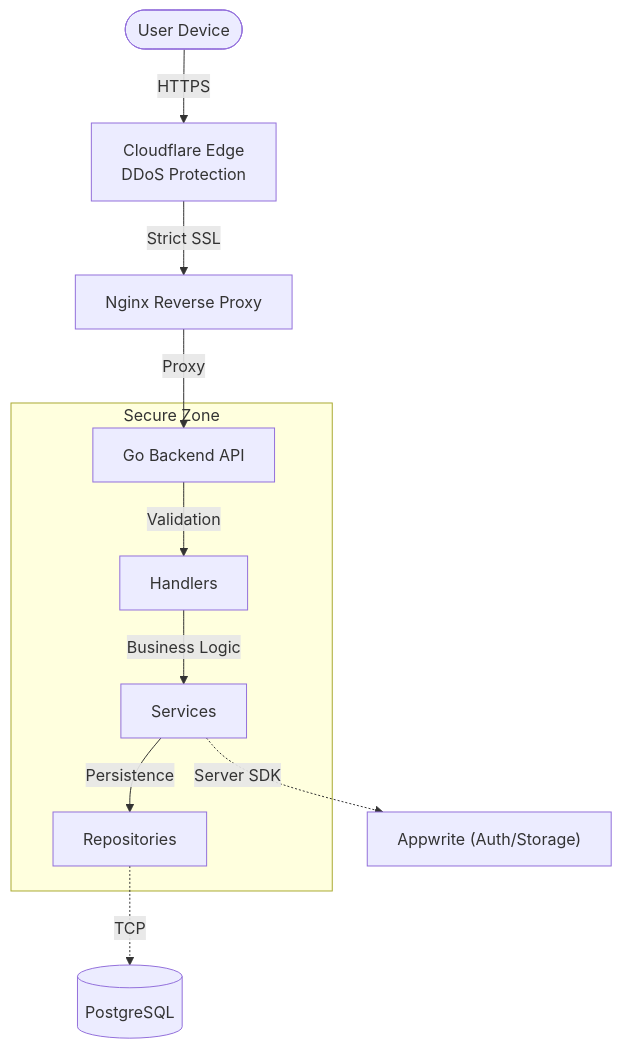
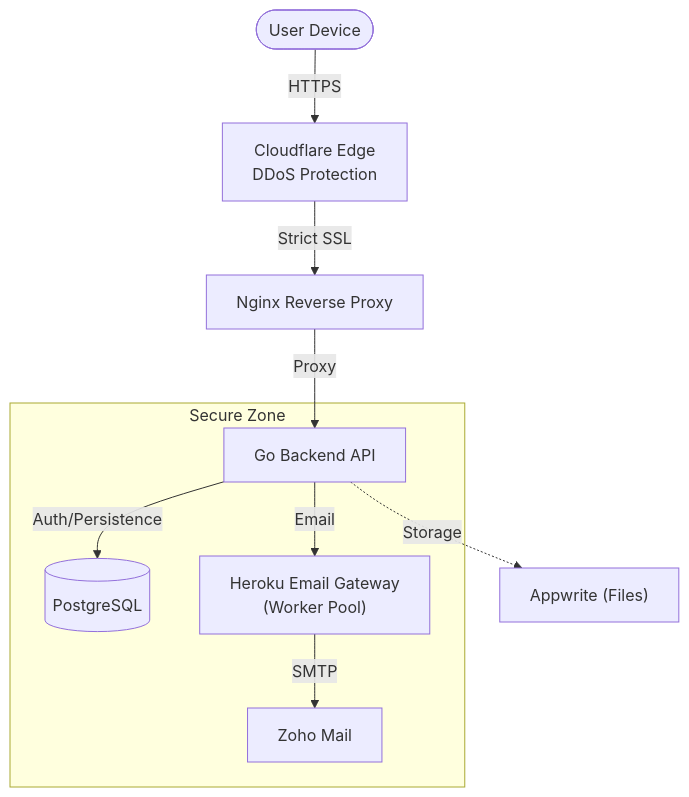
One commit to wpbasket/chatbasket_backend changed the diagram in README.md. Above: the diagram before and after it, drawn with Mermaid. The commit also changed other lines of this file, not shown here.

````diff
--- a/README.md
+++ b/README.md
@@ -28,15 +28,14 @@
 ```mermaid
 graph TD
     User(["User Device"]) -->|HTTPS| CF["Cloudflare Edge<br>DDoS Protection"]
     CF -->|Strict SSL| Nginx["Nginx Reverse Proxy"]
     Nginx -->|Proxy| API["Go Backend API"]
     
     subgraph "Secure Zone"
-    API -->|Validation| Layer1["Handlers"]
-    Layer1 -->|Business Logic| Layer2["Services"]
-    Layer2 -->|Persistence| Layer3["Repositories"]
+    API -->|Auth/Persistence| DB[("PostgreSQL")]
+    API -->|Email| Gateway["Heroku Email Gateway<br>(Worker Pool)"]
+    Gateway -->|SMTP| Zoho["Zoho Mail"]
     end
 
-    Layer2 -.->|Server SDK| Appwrite["Appwrite (Auth/Storage)"]
-    Layer3 -.->|TCP| DB[("PostgreSQL")]
+    API -.->|Storage| Appwrite["Appwrite (Files)"]
 ```
````
